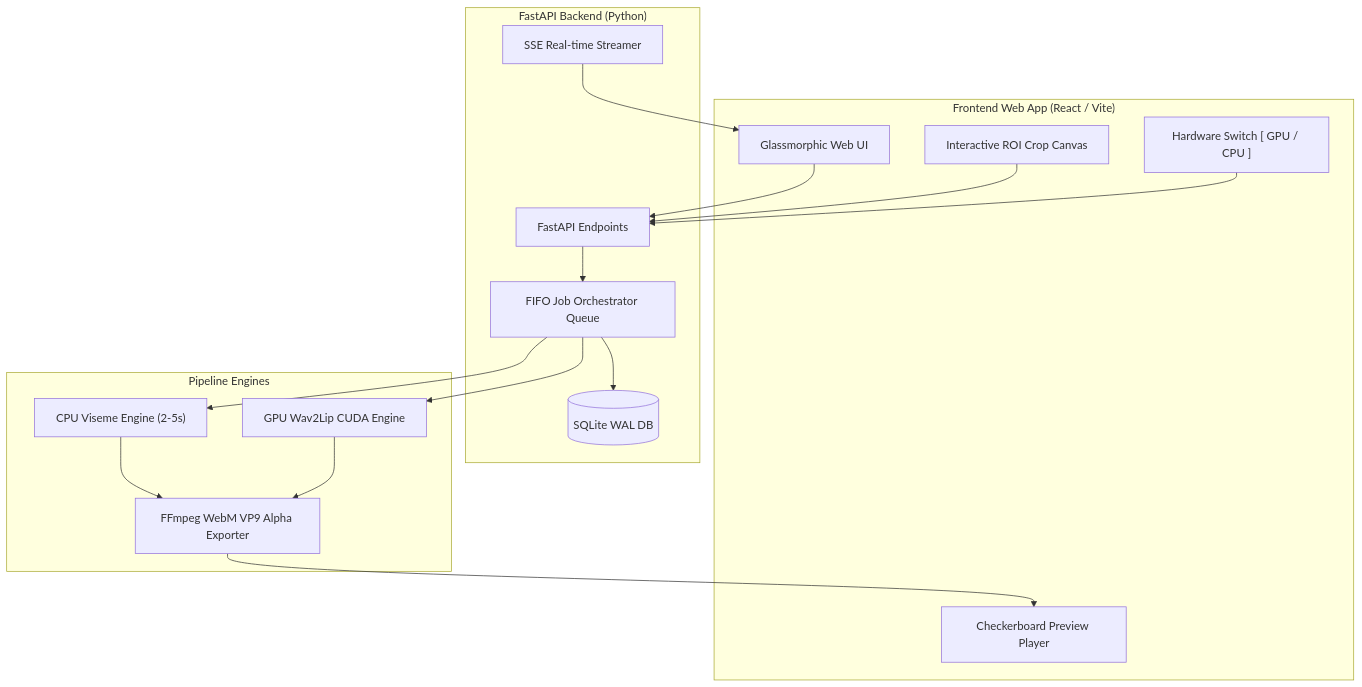
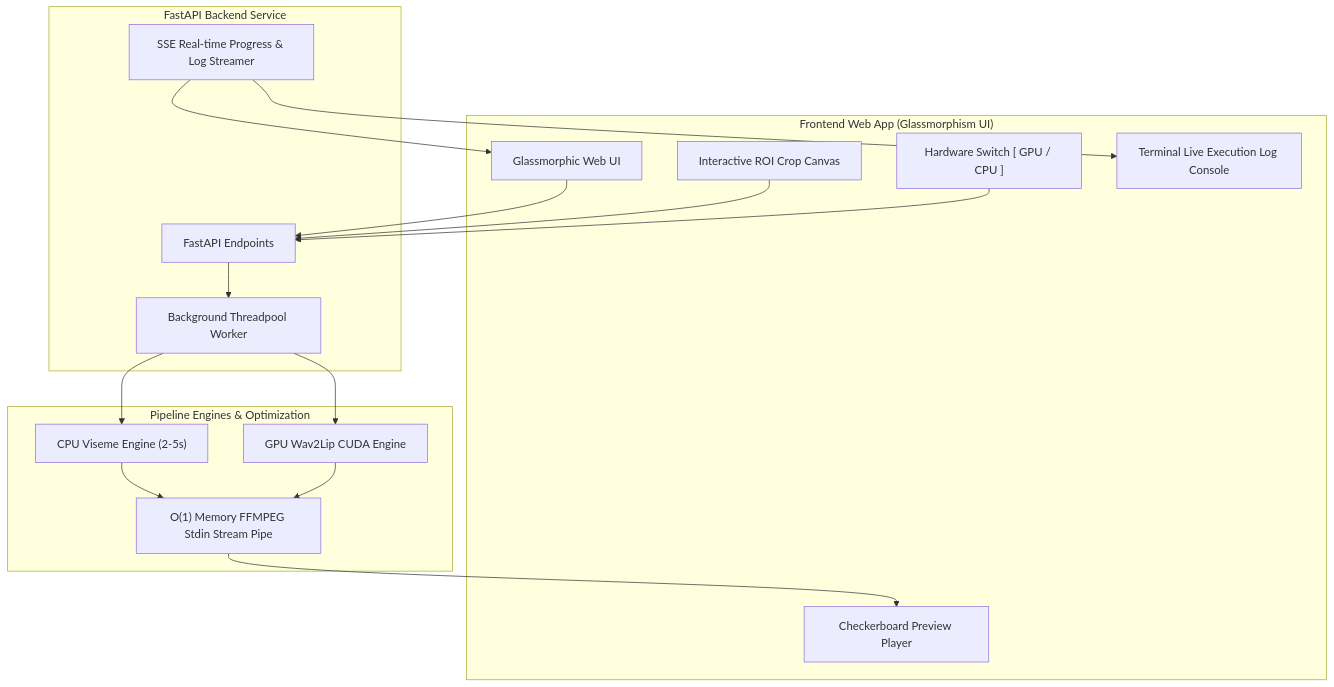
One commit to omlttg/CodeAvatar changed the diagram in README.md. Above: the diagram before and after it, drawn with Mermaid. The commit also changed other lines of this file and 10 other files, not shown here.

Commit message:
feat: implement stream-encoding pipe, live terminal console log UI, and Docker 16GB RAM isolation

````diff
--- a/README.md
+++ b/README.md
@@ -36,34 +45,34 @@
 ```mermaid
 flowchart TD
-    subgraph Client ["Frontend Web App (React / Vite)"]
+    subgraph Client ["Frontend Web App (Glassmorphism UI)"]
         UI["Glassmorphic Web UI"]
         CropCanvas["Interactive ROI Crop Canvas"]
         HwSwitch["Hardware Switch [ GPU / CPU ]"]
+        ConsoleLog["Terminal Live Execution Log Console"]
         Player["Checkerboard Preview Player"]
     end
 
-    subgraph Backend ["FastAPI Backend (Python)"]
+    subgraph Backend ["FastAPI Backend Service"]
         API["FastAPI Endpoints"]
-        Queue["FIFO Job Orchestrator Queue"]
-        SSE["SSE Real-time Streamer"]
-        DB[(SQLite WAL DB)]
+        Queue["Background Threadpool Worker"]
+        SSE["SSE Real-time Progress & Log Streamer"]
     end
 
-    subgraph Engines ["Pipeline Engines"]
+    subgraph Pipeline ["Pipeline Engines & Optimization"]
         VisemeEngine["CPU Viseme Engine (2-5s)"]
         LipSyncEngine["GPU Wav2Lip CUDA Engine"]
-        Exporter["FFmpeg WebM VP9 Alpha Exporter"]
+        StreamPipe["O(1) Memory FFMPEG Stdin Stream Pipe"]
     end
 
     UI --> API
     CropCanvas --> API
     HwSwitch --> API
     API --> Queue
-    Queue --> DB
     Queue --> VisemeEngine
     Queue --> LipSyncEngine
-    VisemeEngine --> Exporter
-    LipSyncEngine --> Exporter
-    Exporter --> Player
+    VisemeEngine --> StreamPipe
+    LipSyncEngine --> StreamPipe
+    StreamPipe --> Player
+    SSE --> ConsoleLog
     SSE --> UI
 ```
````
